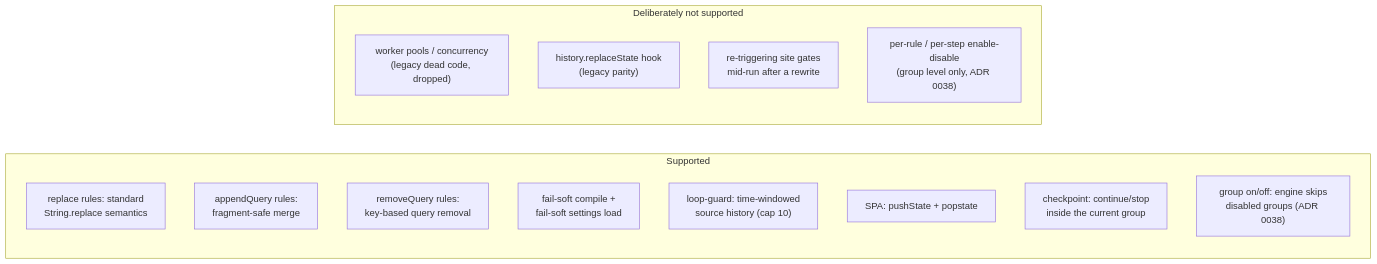
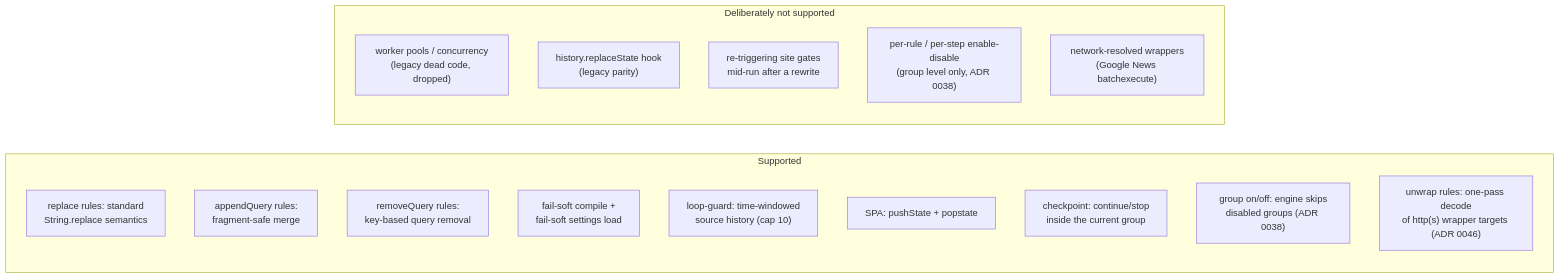
The fifth of 5 diagrams in docs/architecture/redirect-engine.md (JanGaida/redirect-rules), drawn with Mermaid before and after one commit. The commit also changed other lines of this file and 40 other files, not shown here.

First line of the commit message:
feat(rules): add unwrap kind and twelve first-boot use cases

````diff
--- a/docs/architecture/redirect-engine.md
+++ b/docs/architecture/redirect-engine.md
@@ -194,19 +208,21 @@
 ```mermaid
 flowchart LR
     subgraph Supported["Supported"]
         A["replace rules: standard<br/>String.replace semantics"]
         B["appendQuery rules:<br/>fragment-safe merge"]
         H["removeQuery rules:<br/>key-based query removal"]
         C["fail-soft compile +<br/>fail-soft settings load"]
         D["loop-guard: time-windowed<br/>source history (cap 10)"]
         E["SPA: pushState + popstate"]
         F["checkpoint: continue/stop<br/>inside the current group"]
         G["group on/off: engine skips<br/>disabled groups (ADR 0038)"]
+        I["unwrap rules: one-pass decode<br/>of http(s) wrapper targets (ADR 0046)"]
     end
     subgraph NotSupported["Deliberately not supported"]
         X["worker pools / concurrency<br/>(legacy dead code, dropped)"]
         Y["history.replaceState hook<br/>(legacy parity)"]
         Z["re-triggering site gates<br/>mid-run after a rewrite"]
         AA["per-rule / per-step enable-disable<br/>(group level only, ADR 0038)"]
+        AB["network-resolved wrappers<br/>(Google News batchexecute)"]
     end
 ```
````
